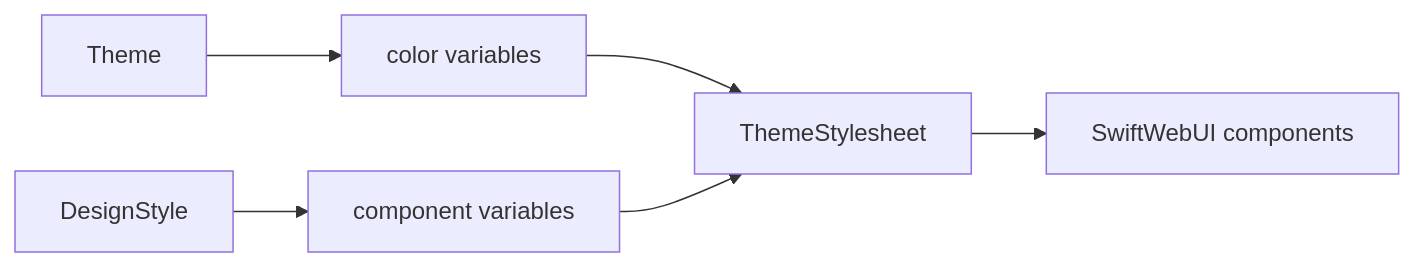
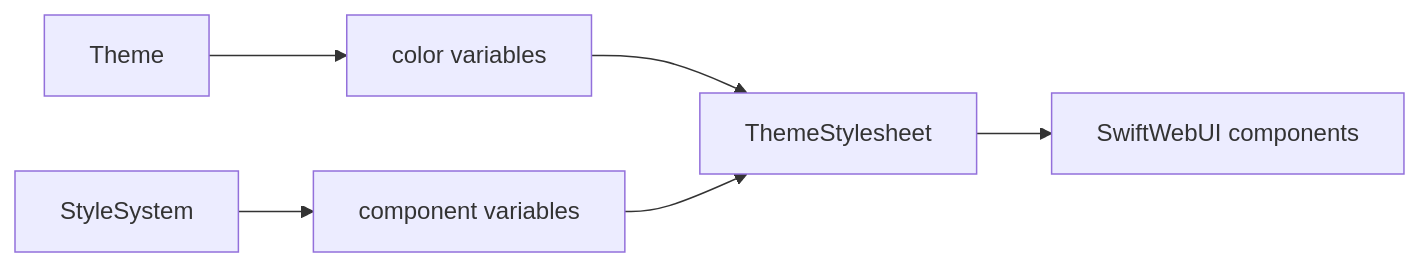
The second of 4 diagrams in Sources/SwiftWebUI/README.md (1amageek/swift-web), drawn with Mermaid before and after one commit. The commit also changed other lines of this file and 60 other files, not shown here.

````diff
--- a/Sources/SwiftWebUI/README.md
+++ b/Sources/SwiftWebUI/README.md
@@ -82,8 +82,8 @@
 ```mermaid
 flowchart LR
   A["Theme"] --> B["color variables"]
-  C["DesignStyle"] --> D["component variables"]
+  C["StyleSystem"] --> D["component variables"]
   B --> E["ThemeStylesheet"]
   D --> E
   E --> F["SwiftWebUI components"]
 ```
````
